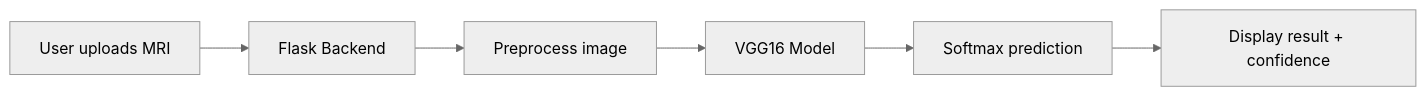
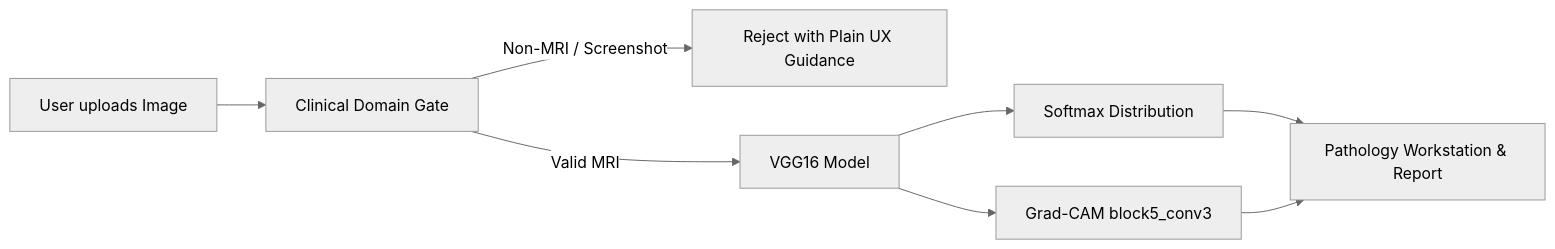
One commit to Sidd-commits/MRI-Brain-Tumor-Detection-System changed the diagram in README.md. Above: the diagram before and after it, drawn with Mermaid (neutral theme). The commit also changed other lines of this file and 4 other files, not shown here.

````diff
--- a/README.md
+++ b/README.md
@@ -176,8 +201,10 @@
 ```mermaid
 flowchart LR
-    A[User uploads MRI] --> B[Flask Backend]
-    B --> C[Preprocess image]
-    C --> D[VGG16 Model]
-    D --> E[Softmax prediction]
-    E --> F[Display result + confidence]
+    A[User uploads Image] --> B[Clinical Domain Gate]
+    B -- Non-MRI / Screenshot --> C[Reject with Plain UX Guidance]
+    B -- Valid MRI --> D[VGG16 Model]
+    D --> E[Softmax Distribution]
+    D --> F[Grad-CAM block5_conv3]
+    E --> G[Pathology Workstation & Report]
+    F --> G
 ```
````
